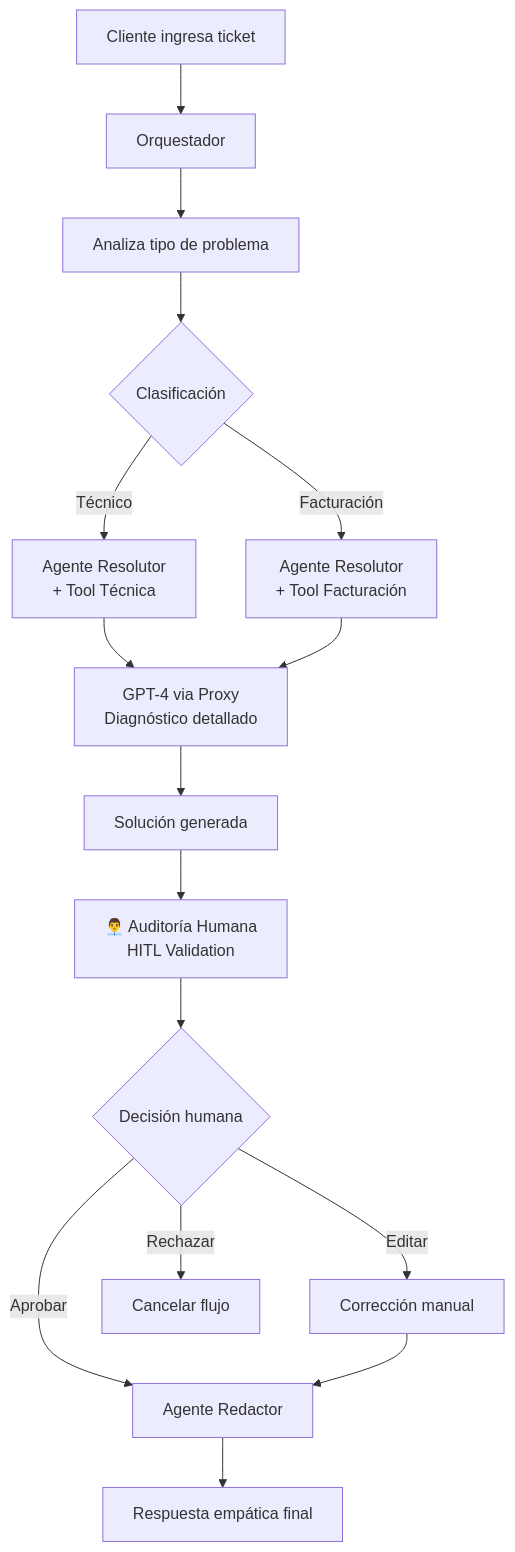
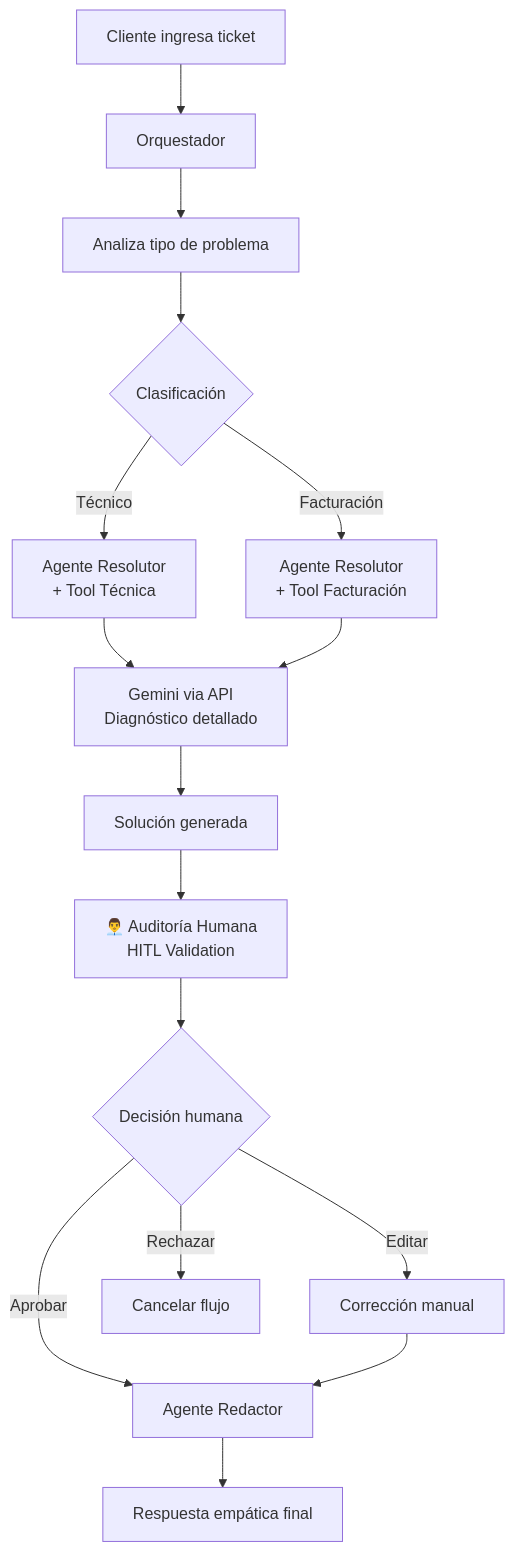
Before and after one commit to jeitsonbarajas/google-adk-agents-poc: the diagram in README.md, drawn with Mermaid. The commit also changed other lines of this file and 15 other files, not shown here.

````diff
--- a/README.md
+++ b/README.md
@@ -40,18 +40,18 @@
 ```mermaid
 flowchart TD
     A[Cliente ingresa ticket] --> B[Orquestador]
     B --> C[Analiza tipo de problema]
     C --> D{Clasificación}
     D -->|Técnico| E[Agente Resolutor<br/>+ Tool Técnica]
     D -->|Facturación| F[Agente Resolutor<br/>+ Tool Facturación]
-    E --> G[GPT-4 via Proxy<br/>Diagnóstico detallado]
+    E --> G[Gemini via API<br/>Diagnóstico detallado]
     F --> G
     G --> H[Solución generada]
     H --> I[👨‍💼 Auditoría Humana<br/>HITL Validation]
     I --> J{Decisión humana}
     J -->|Aprobar| K[Agente Redactor]
     J -->|Editar| L[Corrección manual] 
     L --> K
     J -->|Rechazar| M[Cancelar flujo]
     K --> N[Respuesta empática final]
 ```
````
